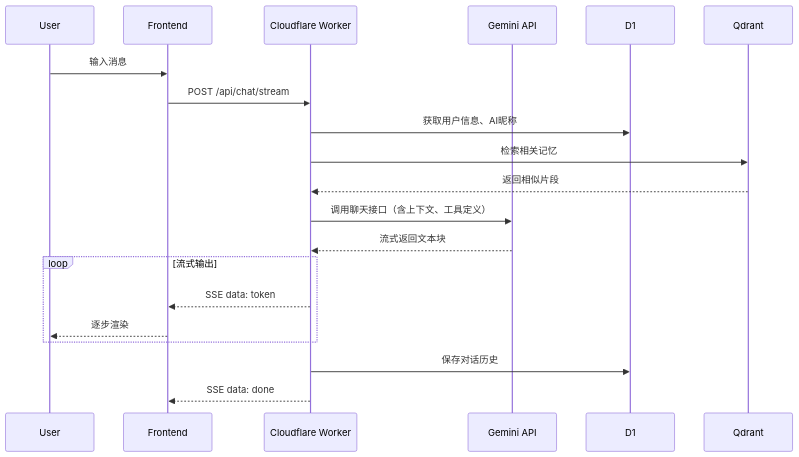
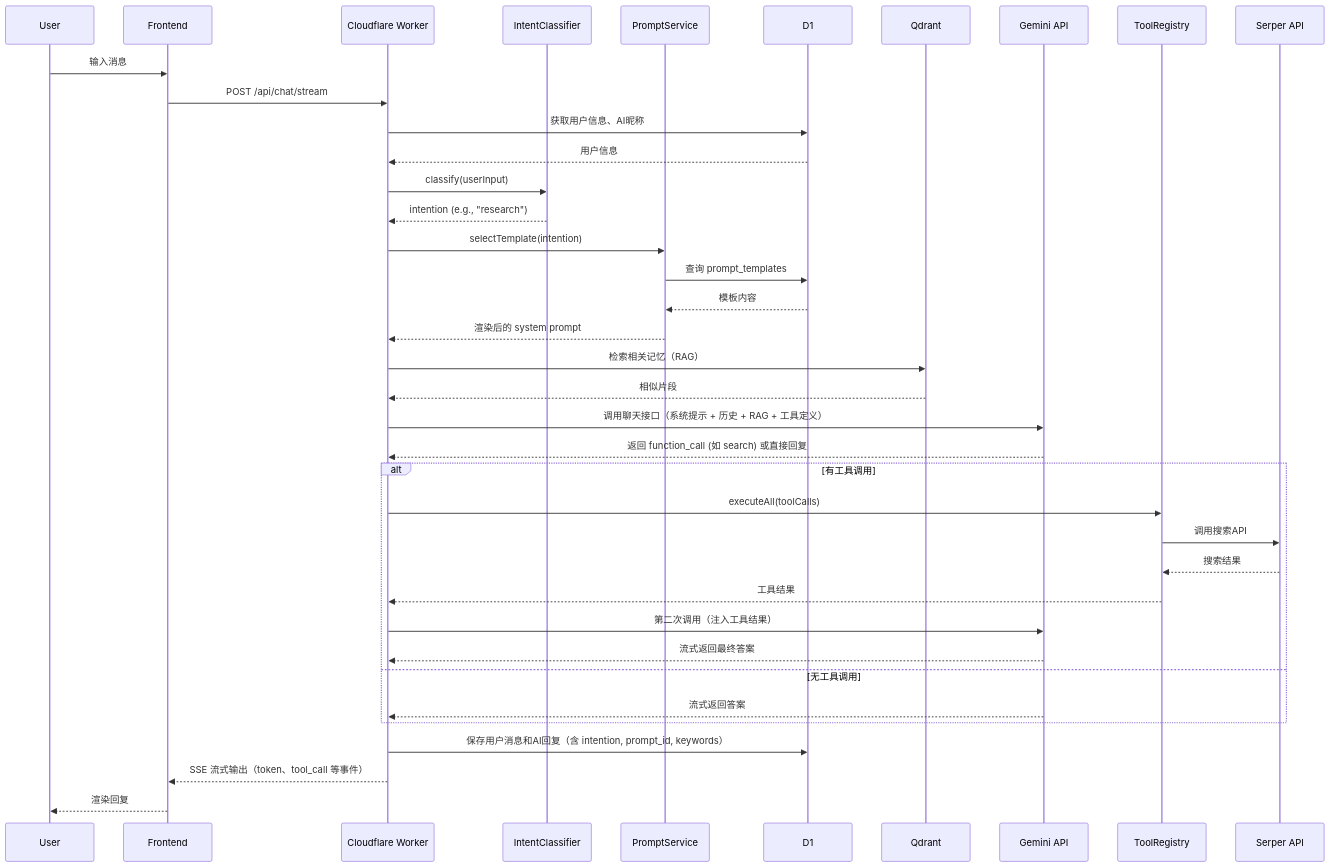
The second of 6 diagrams in docs/technical/tech_design_ai_bot_v1_2.md (jackforest2014/ai_bot_jsa), drawn with Mermaid before and after one commit. The commit also changed other lines of this file and 2 other files, not shown here.

````diff
--- a/docs/technical/tech_design_ai_bot_v1_2.md
+++ b/docs/technical/tech_design_ai_bot_v1_2.md
@@ -1173,23 +1654,41 @@
 ```mermaid
 sequenceDiagram
     participant User
     participant Frontend
     participant Worker as Cloudflare Worker
-    participant LLM as Gemini API
+    participant IntentClassifier
+    participant PromptService
     participant D1
     participant Qdrant
+    participant LLM as Gemini API
+    participant ToolRegistry
+    participant Serper as Serper API
 
     User->>Frontend: 输入消息
     Frontend->>Worker: POST /api/chat/stream
     Worker->>D1: 获取用户信息、AI昵称
-    Worker->>Qdrant: 检索相关记忆
-    Qdrant-->>Worker: 返回相似片段
-    Worker->>LLM: 调用聊天接口（含上下文、工具定义）
-    LLM-->>Worker: 流式返回文本块
-    loop 流式输出
-        Worker-->>Frontend: SSE data: token
-        Frontend-->>User: 逐步渲染
+    D1-->>Worker: 用户信息
+    Worker->>IntentClassifier: classify(userInput)
+    IntentClassifier-->>Worker: intention (e.g., "research")
+    Worker->>PromptService: selectTemplate(intention)
+    PromptService->>D1: 查询 prompt_templates
+    D1-->>PromptService: 模板内容
+    PromptService-->>Worker: 渲染后的 system prompt
+    Worker->>Qdrant: 检索相关记忆（RAG）
+    Qdrant-->>Worker: 相似片段
+    Worker->>LLM: 调用聊天接口（系统提示 + 历史 + RAG + 工具定义）
+    LLM-->>Worker: 返回 function_call (如 search) 或直接回复
+    alt 有工具调用
+        Worker->>ToolRegistry: executeAll(toolCalls)
+        ToolRegistry->>Serper: 调用搜索API
+        Serper-->>ToolRegistry: 搜索结果
+        ToolRegistry-->>Worker: 工具结果
+        Worker->>LLM: 第二次调用（注入工具结果）
+        LLM-->>Worker: 流式返回最终答案
+    else 无工具调用
+        LLM-->>Worker: 流式返回答案
     end
-    Worker->>D1: 保存对话历史
-    Worker-->>Frontend: SSE data: done
+    Worker->>D1: 保存用户消息和AI回复（含 intention, prompt_id, keywords）
+    Worker-->>Frontend: SSE 流式输出（token、tool_call 等事件）
+    Frontend-->>User: 渲染回复
 ```
````
